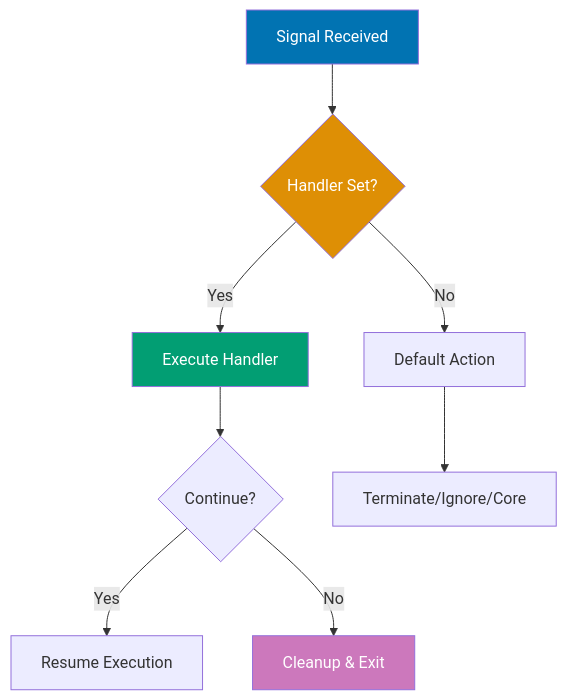
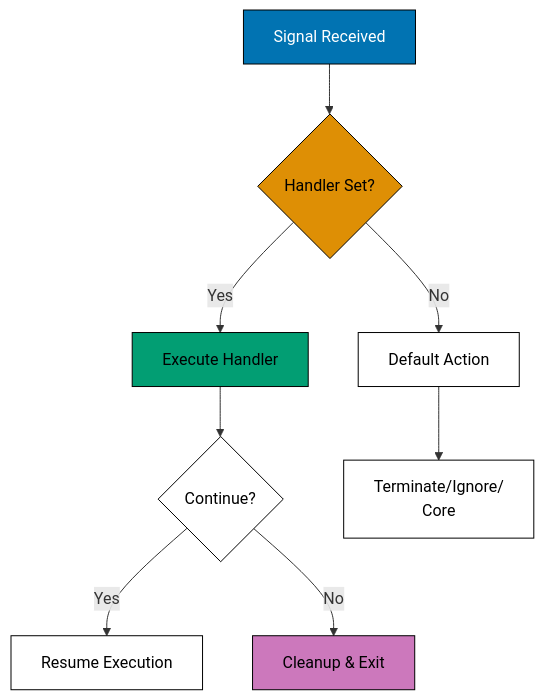
Before and after one commit to wahidyankf/ose-public: diagram 11 of 11 in apps/ayokoding-www/content/en/learn/legacy/software-engineering/platforms/linux/tools/shell/by-example/intermediate.md, drawn with Mermaid. The commit also changed other lines of this file and 130 other files, not shown here.

First line of the commit message:
fix(mermaid): bring the legacy platforms diagrams onto the accessible palette

````diff
--- a/apps/ayokoding-www/content/en/learn/legacy/software-engineering/platforms/linux/tools/shell/by-example/intermediate.md
+++ b/apps/ayokoding-www/content/en/learn/legacy/software-engineering/platforms/linux/tools/shell/by-example/intermediate.md
@@ -3218,16 +3295,23 @@
 ```mermaid
 %% Signal handling flow
 graph TD
+    accTitle: Example 53: Signal Handling Deep Dive
+    accDescr: Graph with 9 nodes and 8 connections. Nodes: Signal Received, Handler Set?, Execute Handler, Default Action, Continue?, Resume Execution, G, Exit, Terminate/Ignore/ Core. Connections: Signal Received to Handler Set?, Handler Set? to Execute Handler (Yes), Handler Set? to Default Action (No), Execute Handler to Continue?, Continue? to Resume Execution (Yes), Continue? to G (No), Continue? to Exit (No), Default Action to Terminate/Ignore/ Core.
     A[Signal Received] --> B{Handler Set?}
     B -->|Yes| C[Execute Handler]
     B -->|No| D[Default Action]
     C --> E{Continue?}
     E -->|Yes| F[Resume Execution]
     E -->|No| G[Cleanup & Exit]
-    D --> H[Terminate/Ignore/Core]
+    D --> H[Terminate/Ignore/<br/>Core]
 
-    style A fill:#0173B2,color:#fff
-    style B fill:#DE8F05,color:#fff
-    style C fill:#029E73,color:#fff
-    style G fill:#CC78BC,color:#fff
+    classDef pal-0173B2 fill:#0173B2,stroke:#000000,color:#FFFFFF
+    class A pal-0173B2
+    classDef pal-DE8F05 fill:#DE8F05,stroke:#000000,color:#000000
+    class B pal-DE8F05
+    classDef pal-029E73 fill:#029E73,stroke:#000000,color:#000000
+    class C pal-029E73
+    classDef pal-CC78BC fill:#CC78BC,stroke:#000000,color:#000000
+    class G pal-CC78BC
+    classDef default fill:#FFFFFF,stroke:#000000,color:#000000
 ```
````
